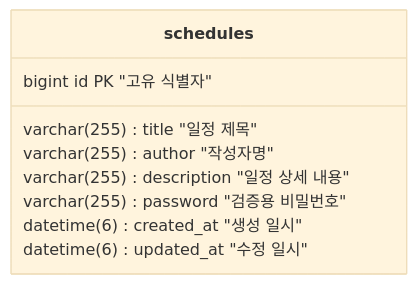
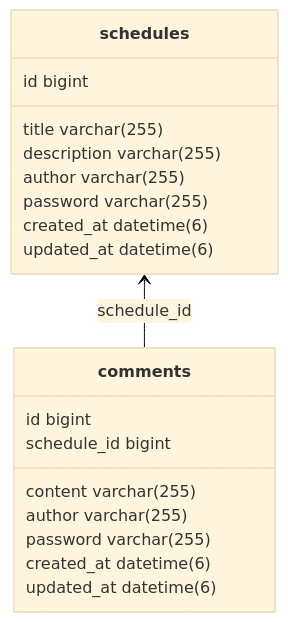
Before and after one commit to w00lam/my-scheduler: the diagram in README.md, drawn with Mermaid (base theme). The commit also changed other lines of this file, not shown here.

````diff
--- a/README.md
+++ b/README.md
@@ -24,13 +24,24 @@
 ```mermaid
 classDiagram
-direction TB
+direction BT
 class schedules {
-    bigint id PK "고유 식별자"
-    varchar(255) title "일정 제목"
-    varchar(255) author "작성자명"
-    varchar(255) description "일정 상세 내용"
-    varchar(255) password "검증용 비밀번호"
-    datetime(6) created_at "생성 일시"
-    datetime(6) updated_at "수정 일시"
+   id bigint
+   title varchar(255)
+   description varchar(255)
+   author varchar(255)
+   password varchar(255)
+   created_at datetime(6)
+   updated_at datetime(6)
 }
+class comments {
+   id bigint
+   schedule_id bigint
+   content varchar(255)
+   author varchar(255)
+   password varchar(255)
+   created_at datetime(6)
+   updated_at datetime(6)
+}
+
+comments  -->  schedules : schedule_id
 ```
````
